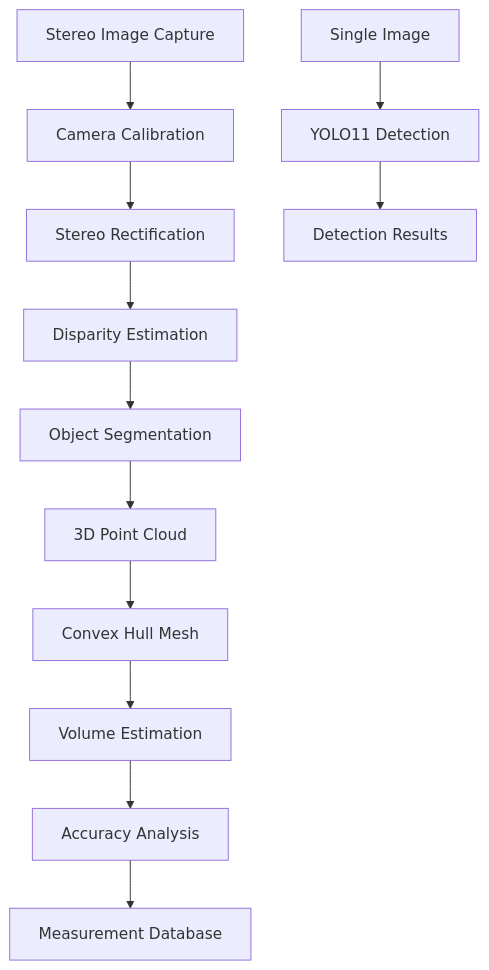
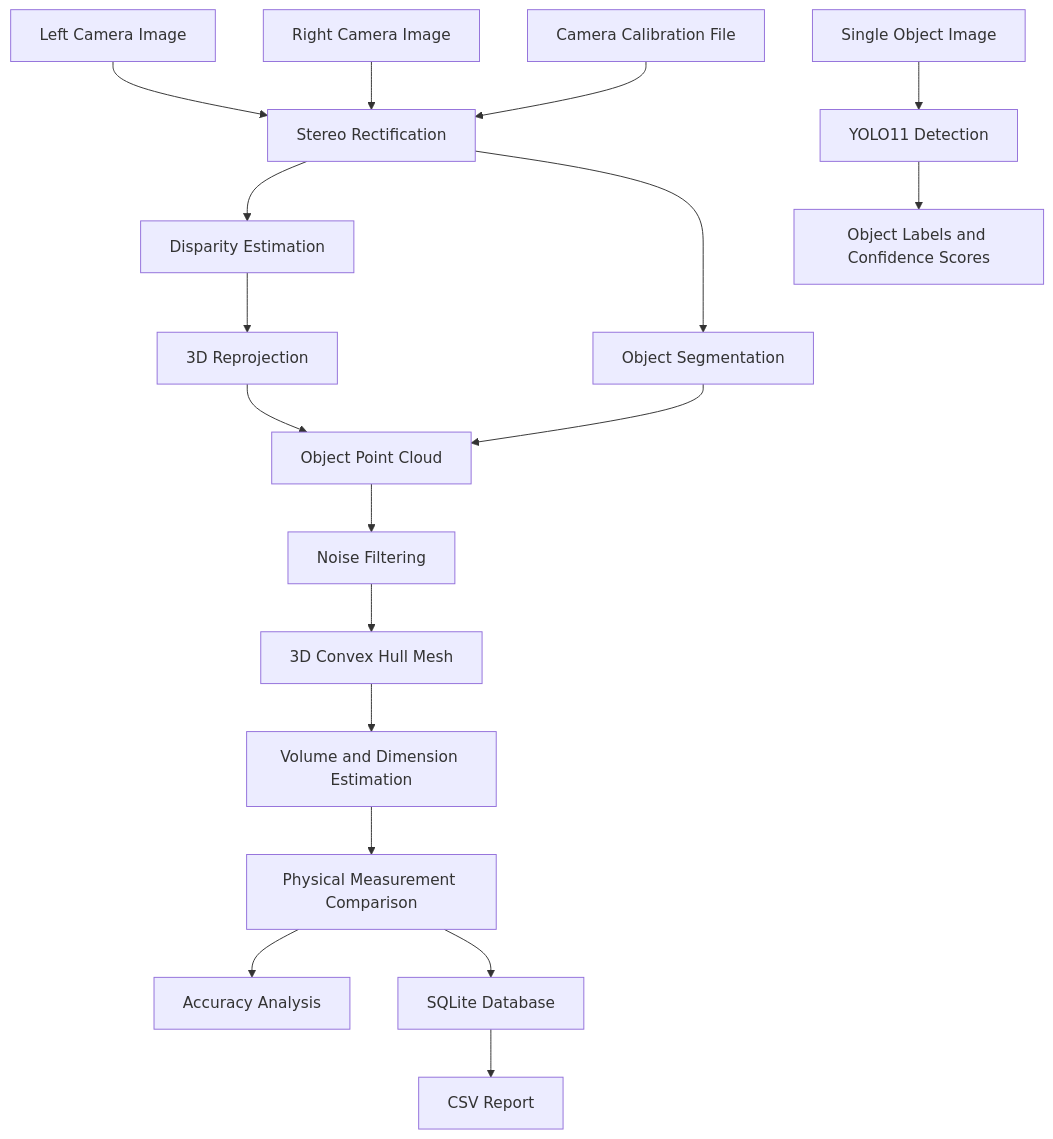
Before and after one commit to SOFEEN-ZAID/VoluSense-AI: the diagram in README.md, drawn with Mermaid. The commit also changed other lines of this file and 6 other files, not shown here.

````diff
--- a/README.md
+++ b/README.md
@@ -52,14 +130,20 @@
 ```mermaid
 flowchart TD
-    A[Stereo Image Capture] --> B[Camera Calibration]
-    B --> C[Stereo Rectification]
+    A[Left Camera Image] --> C[Stereo Rectification]
+    B[Right Camera Image] --> C
+    N[Camera Calibration File] --> C
     C --> D[Disparity Estimation]
-    D --> E[Object Segmentation]
-    E --> F[3D Point Cloud]
-    F --> G[Convex Hull Mesh]
-    G --> H[Volume Estimation]
-    H --> I[Accuracy Analysis]
-    I --> J[Measurement Database]
-    K[Single Image] --> L[YOLO11 Detection]
-    L --> M[Detection Results]
+    D --> E[3D Reprojection]
+    C --> F[Object Segmentation]
+    E --> G[Object Point Cloud]
+    F --> G
+    G --> H[Noise Filtering]
+    H --> I[3D Convex Hull Mesh]
+    I --> J[Volume and Dimension Estimation]
+    J --> K[Physical Measurement Comparison]
+    K --> L[Accuracy Analysis]
+    K --> M[SQLite Database]
+    M --> O[CSV Report]
+    P[Single Object Image] --> Q[YOLO11 Detection]
+    Q --> R[Object Labels and Confidence Scores]
 ```
````
